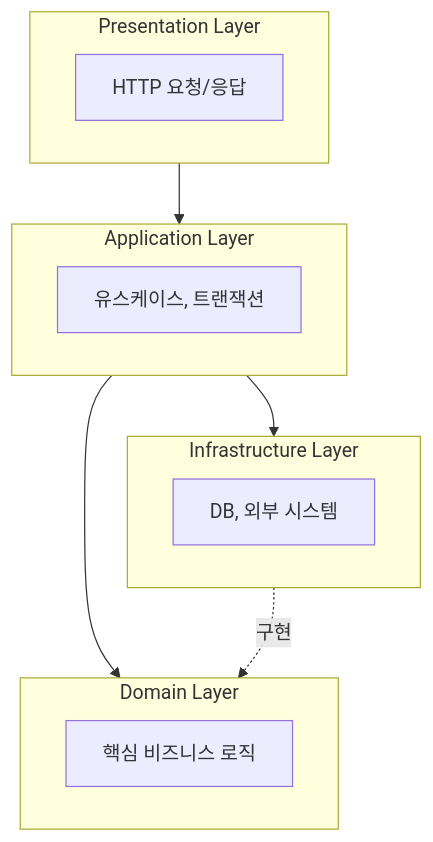
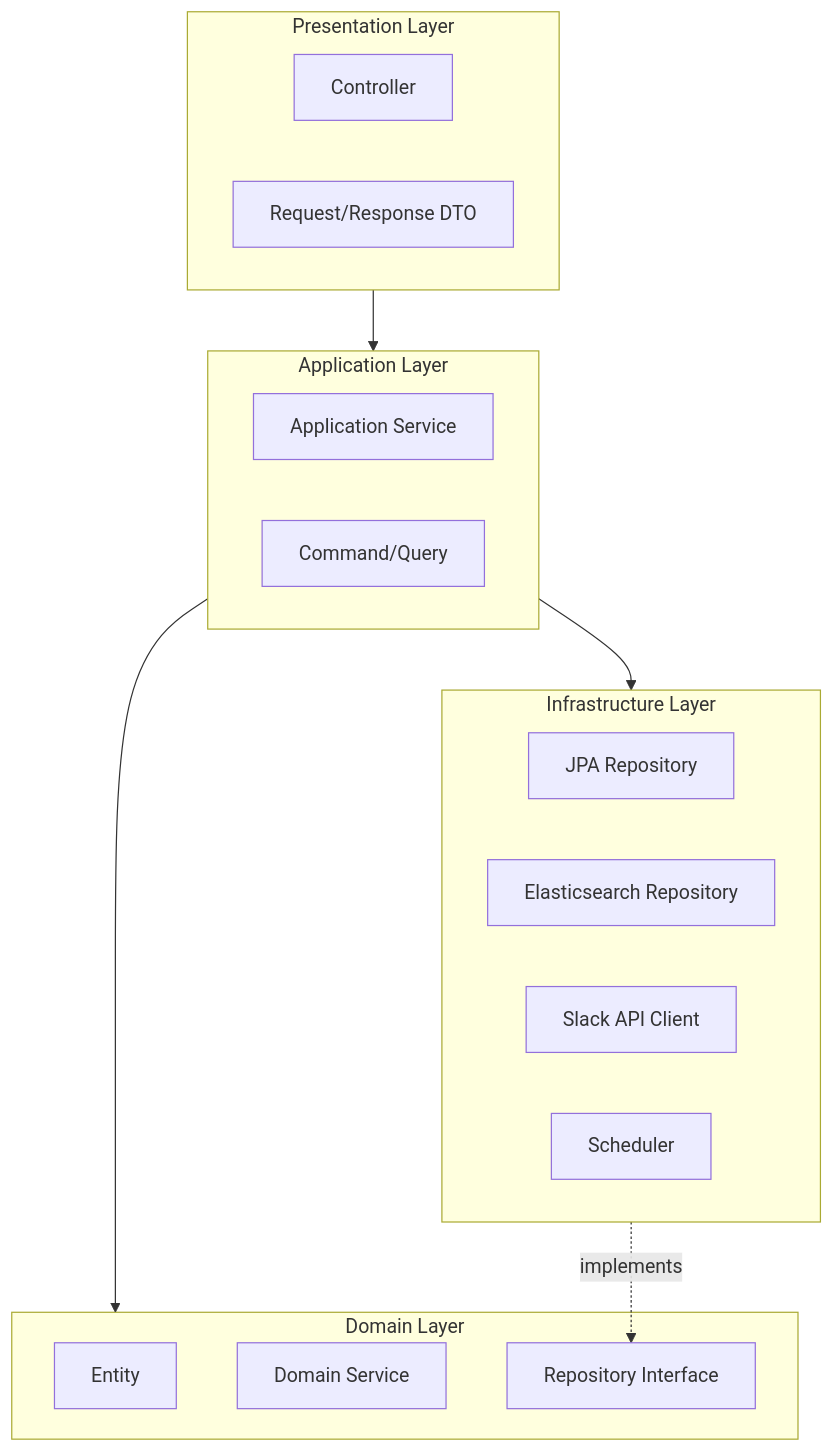
Before and after one commit to mkroo/termbase: the fifth of 5 diagrams in docs/ARCHITECTURE.md, drawn with Mermaid. The commit also changed other lines of this file and 1 other file, not shown here.

First line of the commit message:
docs: ARCHITECTURE.md 및 REQUIREMENTS.md 전면 재설계

````diff
--- a/docs/ARCHITECTURE.md
+++ b/docs/ARCHITECTURE.md
@@ -444,23 +535,30 @@
 ```mermaid
 flowchart TB
     subgraph Presentation["Presentation Layer"]
-        P[HTTP 요청/응답]
+        Controller[Controller]
+        DTO[Request/Response DTO]
     end
 
     subgraph Application["Application Layer"]
-        A[유스케이스, 트랜잭션]
+        Service[Application Service]
+        Command[Command/Query]
     end
 
     subgraph Domain["Domain Layer"]
-        D[핵심 비즈니스 로직]
+        Entity[Entity]
+        DomainService[Domain Service]
+        Repository[Repository Interface]
     end
 
     subgraph Infrastructure["Infrastructure Layer"]
-        I[DB, 외부 시스템]
+        JPA[JPA Repository]
+        ESRepo[Elasticsearch Repository]
+        SlackAPI[Slack API Client]
+        Scheduler[Scheduler]
     end
 
     Presentation --> Application
     Application --> Domain
     Application --> Infrastructure
-    Infrastructure -.->|구현| Domain
+    Infrastructure -.->|implements| Repository
 ```
````
